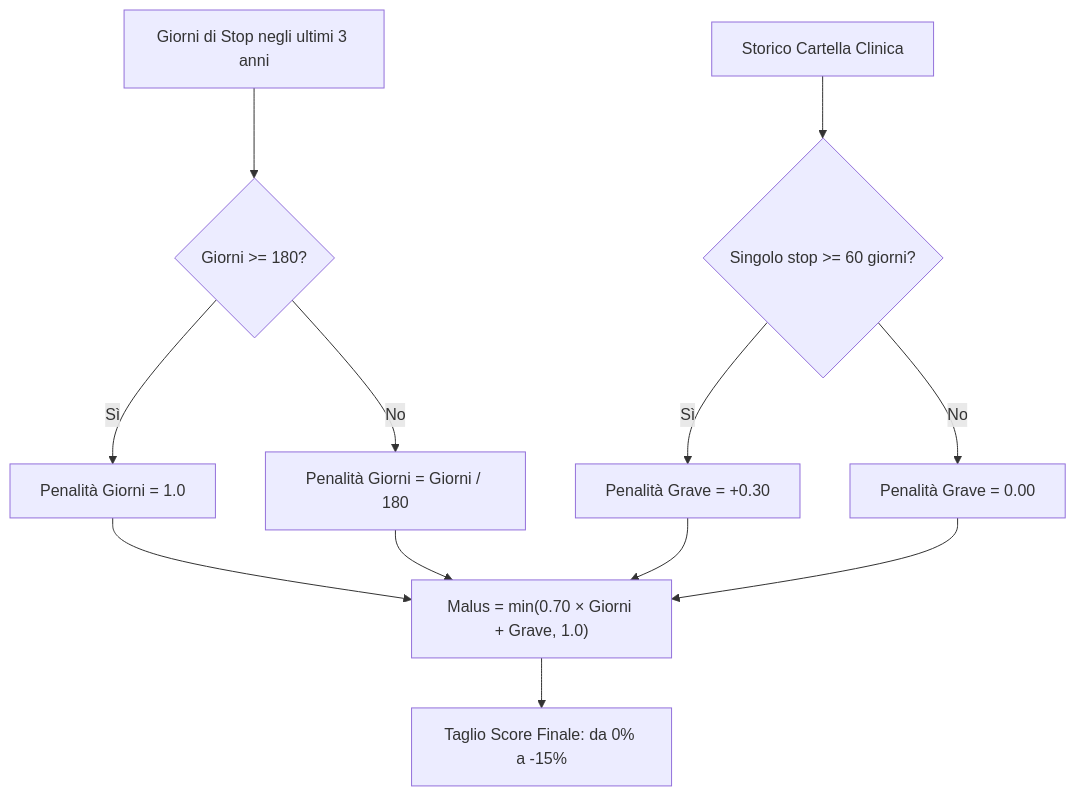
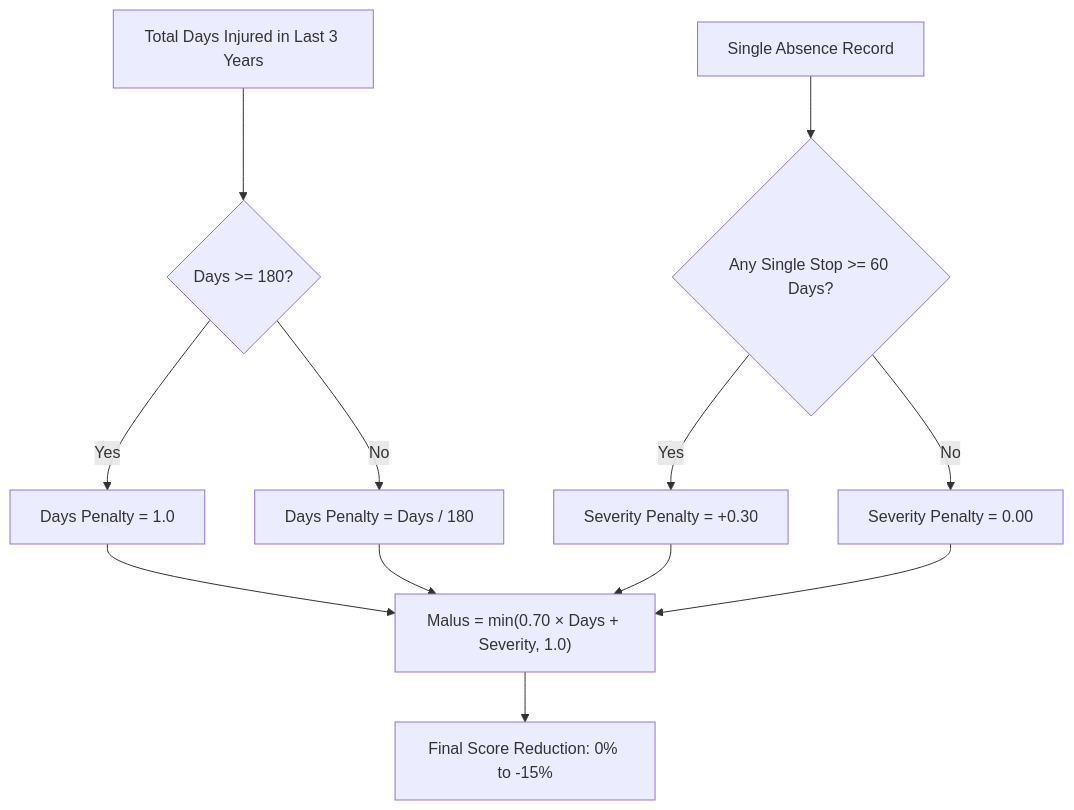
The third of 4 diagrams in README.md (spectrelabo/fanta-lab), drawn with Mermaid before and after one commit. The commit also changed other lines of this file and 3 other files, not shown here.

````diff
--- a/README.md
+++ b/README.md
@@ -151,17 +152,17 @@
 ```mermaid
 graph TD
-    A["Giorni di Stop negli ultimi 3 anni"] --> B{"Giorni >= 180?"}
-    B -- "Sì" --> C["Penalità Giorni = 1.0"]
-    B -- "No" --> D["Penalità Giorni = Giorni / 180"]
+    A["Total Days Injured in Last 3 Years"] --> B{"Days >= 180?"}
+    B -- "Yes" --> C["Days Penalty = 1.0"]
+    B -- "No" --> D["Days Penalty = Days / 180"]
     
-    E["Storico Cartella Clinica"] --> F{"Singolo stop >= 60 giorni?"}
-    F -- "Sì" --> G["Penalità Grave = +0.30"]
-    F -- "No" --> H["Penalità Grave = 0.00"]
+    E["Single Absence Record"] --> F{"Any Single Stop >= 60 Days?"}
+    F -- "Yes" --> G["Severity Penalty = +0.30"]
+    F -- "No" --> H["Severity Penalty = 0.00"]
     
-    C --> I["Malus = min(0.70 × Giorni + Grave, 1.0)"]
+    C --> I["Malus = min(0.70 × Days + Severity, 1.0)"]
     D --> I
     G --> I
     H --> I
     
-    I --> J["Taglio Score Finale: da 0% a -15%"]
+    I --> J["Final Score Reduction: 0% to -15%"]
 ```
````
